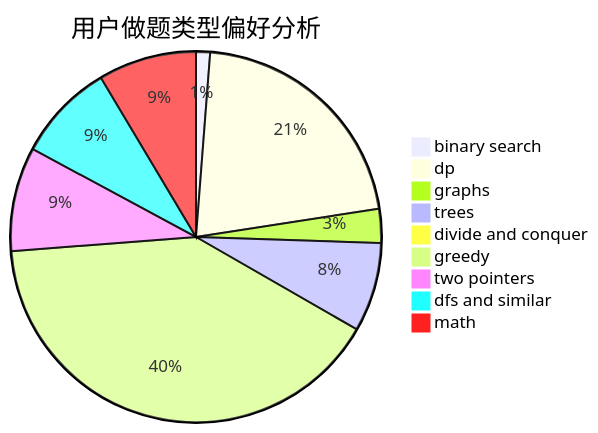
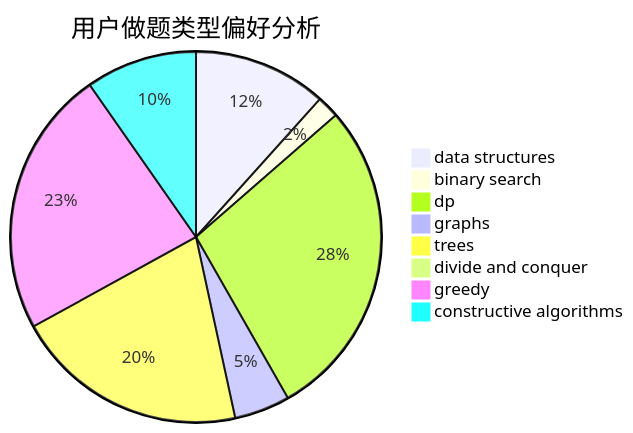
Before and after one commit to sherpahu/cfrs.github.io: the second of 3 diagrams in docs/user/u1260.md, drawn with Mermaid. The commit also changed other lines of this file and 2775 other files, not shown here.

````diff
--- a/docs/user/u1260.md
+++ b/docs/user/u1260.md
@@ -23,12 +23,11 @@
 ```mermaid
 pie title 用户做题类型偏好分析
-    "binary search" :  14
-    "dp" :  244
-    "graphs" :  34
-    "trees" :  89
-    "divide and conquer" :  4
-    "greedy" :  463
-    "two pointers" :  104
-    "dfs and similar" :  98
-    "math" :  98
+    "data structures" :  48
+    "binary search" :  8
+    "dp" :  116
+    "graphs" :  20
+    "trees" :  84
+    "divide and conquer" :  0
+    "greedy" :  96
+    "constructive algorithms" :  40
 ```
````
